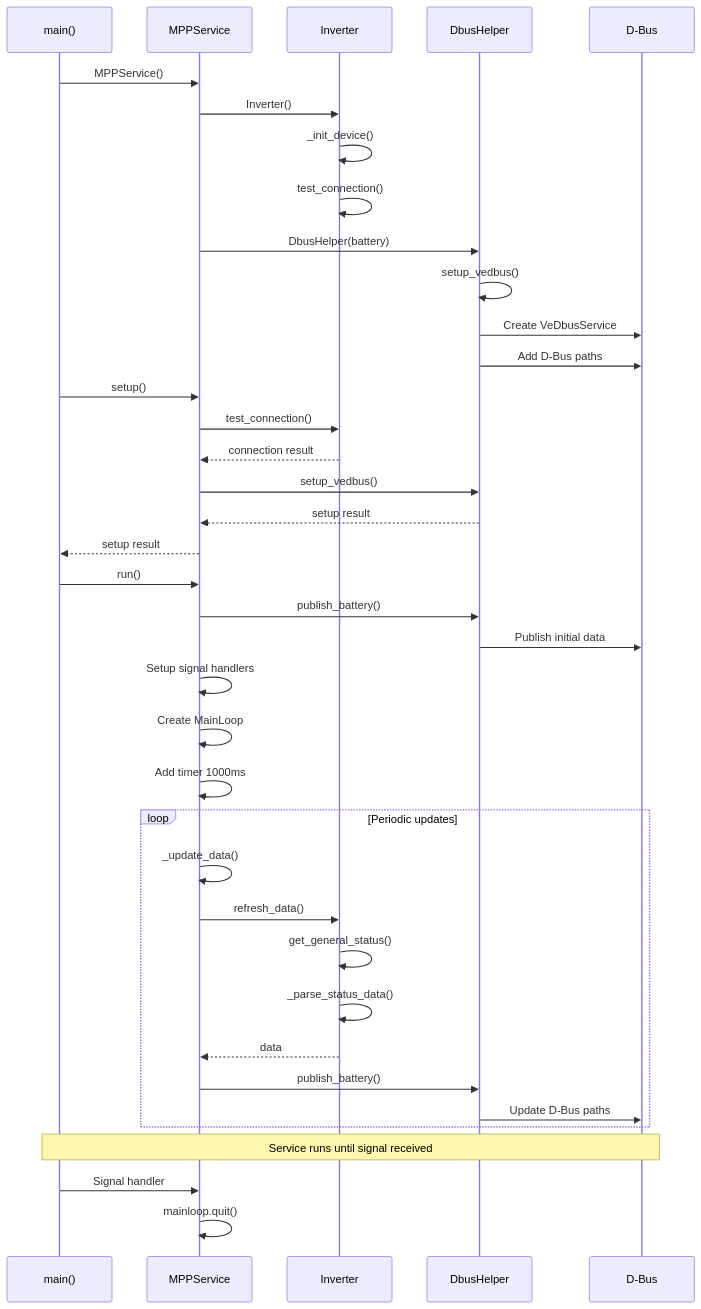
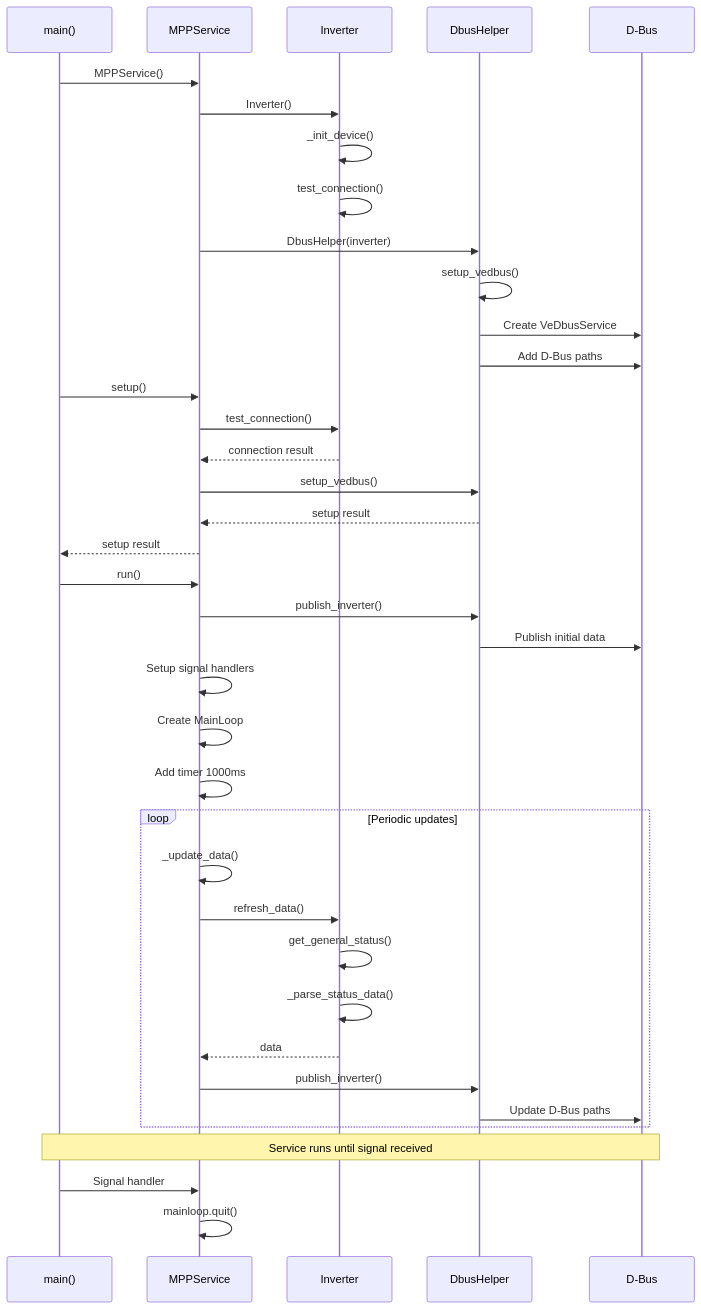
Before and after one commit to spacecabbie/dbus-mppsolarv2: the third of 4 diagrams in README.md, drawn with Mermaid. The commit also changed other lines of this file, not shown here.

First line of the commit message:
Update README with correct inverter D-Bus paths and architecture diagrams

````diff
--- a/README.md
+++ b/README.md
@@ -454,45 +476,45 @@
 ```mermaid
 sequenceDiagram
     participant M as main()
     participant S as MPPService
-    participant B as Inverter
+    participant I as Inverter
     participant D as DbusHelper
     participant DB as D-Bus
 
     M->>S: MPPService()
-    S->>B: Inverter()
-    B->>B: _init_device()
-    B->>B: test_connection()
-    S->>D: DbusHelper(battery)
+    S->>I: Inverter()
+    I->>I: _init_device()
+    I->>I: test_connection()
+    S->>D: DbusHelper(inverter)
     D->>D: setup_vedbus()
     D->>DB: Create VeDbusService
     D->>DB: Add D-Bus paths
 
     M->>S: setup()
-    S->>B: test_connection()
-    B-->>S: connection result
+    S->>I: test_connection()
+    I-->>S: connection result
     S->>D: setup_vedbus()
     D-->>S: setup result
     S-->>M: setup result
 
     M->>S: run()
-    S->>D: publish_battery()
+    S->>D: publish_inverter()
     D->>DB: Publish initial data
     S->>S: Setup signal handlers
     S->>S: Create MainLoop
     S->>S: Add timer 1000ms
 
     loop Periodic updates
         S->>S: _update_data()
-        S->>B: refresh_data()
-        B->>B: get_general_status()
-        B->>B: _parse_status_data()
-        B-->>S: data
-        S->>D: publish_battery()
+        S->>I: refresh_data()
+        I->>I: get_general_status()
+        I->>I: _parse_status_data()
+        I-->>S: data
+        S->>D: publish_inverter()
         D->>DB: Update D-Bus paths
     end
 
     Note over M,DB: Service runs until signal received
     M->>S: Signal handler
     S->>S: mainloop.quit()
 ```
````
